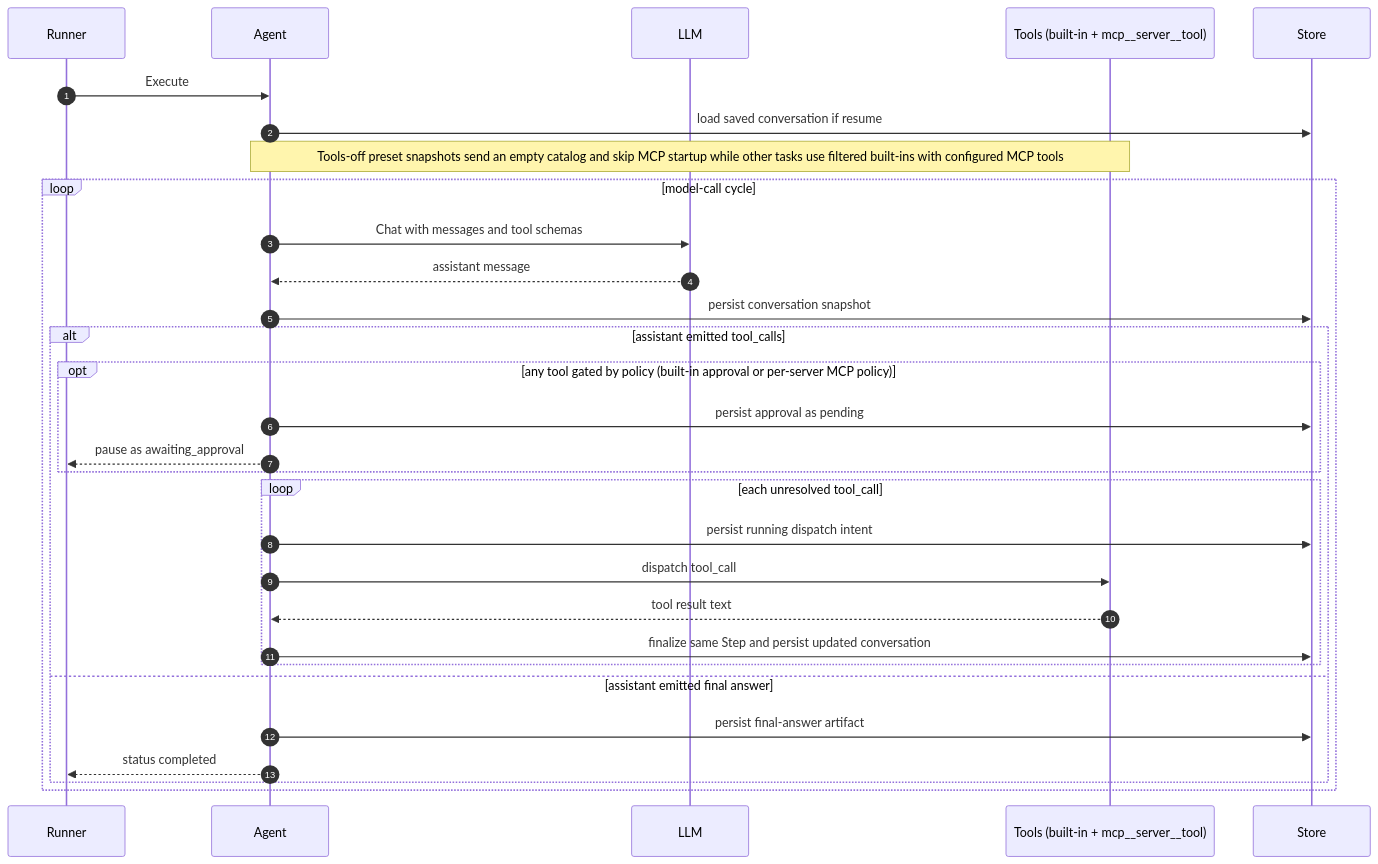
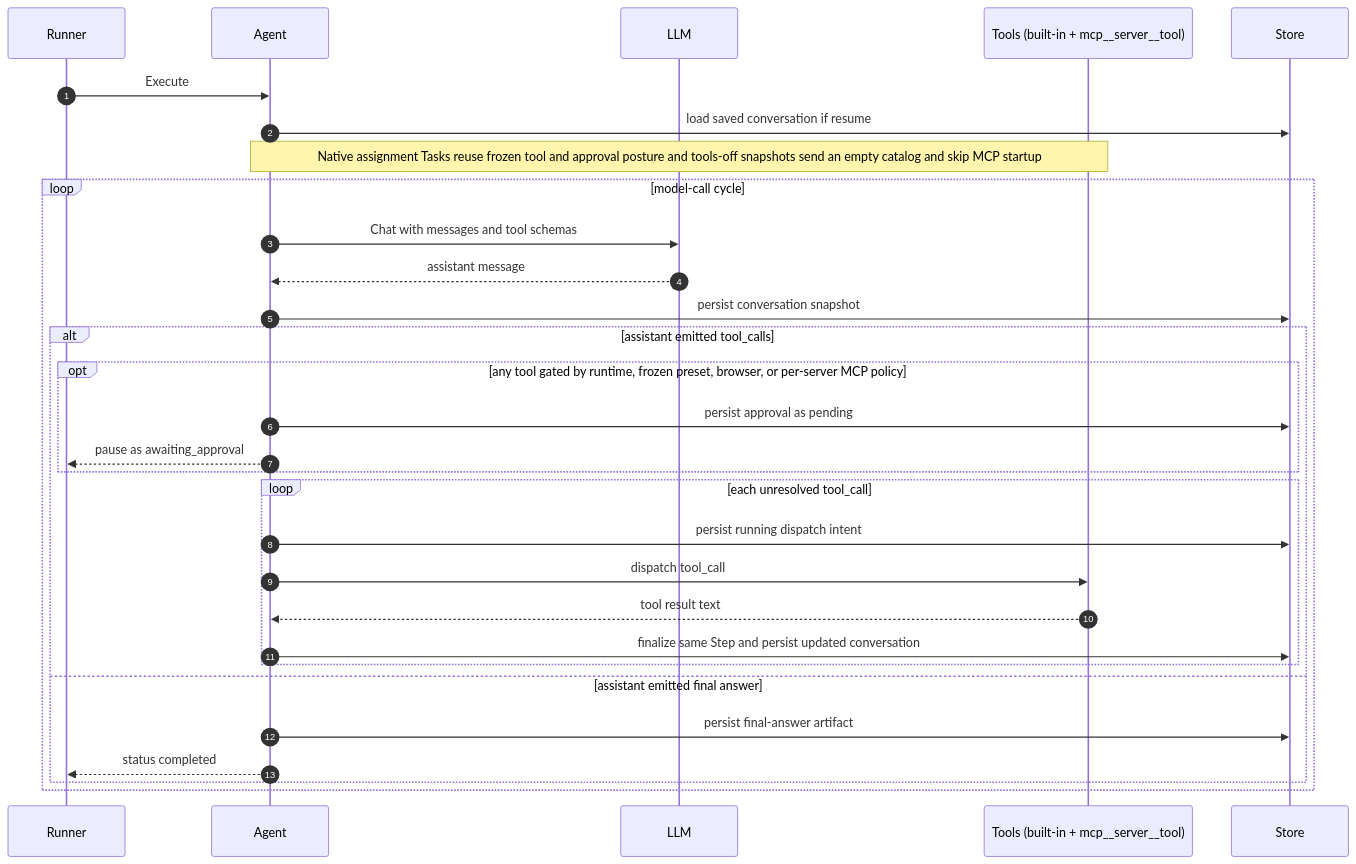
One commit to chicoxyzzy/hecate changed the diagram in docs/runtime/agent-runtime.md. Above: the diagram before and after it, drawn with Mermaid. The commit also changed other lines of this file and 40 other files, not shown here.

Commit message:
feat(runtime): enforce agent preset approval policies

````diff
--- a/docs/runtime/agent-runtime.md
+++ b/docs/runtime/agent-runtime.md
@@ -135,32 +135,32 @@
 ```mermaid
 sequenceDiagram
     autonumber
     participant Runner
     participant Agent
     participant LLM
     participant Tools as Tools (built-in + mcp__server__tool)
     participant Store
     Runner->>Agent: Execute
     Agent->>Store: load saved conversation if resume
-    Note over Agent,Tools: Tools-off preset snapshots send an empty catalog and skip MCP startup while other tasks use filtered built-ins with configured MCP tools
+    Note over Agent,Tools: Native assignment Tasks reuse frozen tool and approval posture and tools-off snapshots send an empty catalog and skip MCP startup
     loop model-call cycle
         Agent->>LLM: Chat with messages and tool schemas
         LLM-->>Agent: assistant message
         Agent->>Store: persist conversation snapshot
         alt assistant emitted tool_calls
-            opt any tool gated by policy (built-in approval or per-server MCP policy)
+            opt any tool gated by runtime, frozen preset, browser, or per-server MCP policy
                 Agent->>Store: persist approval as pending
                 Agent-->>Runner: pause as awaiting_approval
             end
             loop each unresolved tool_call
                 Agent->>Store: persist running dispatch intent
                 Agent->>Tools: dispatch tool_call
                 Tools-->>Agent: tool result text
                 Agent->>Store: finalize same Step and persist updated conversation
             end
         else assistant emitted final answer
             Agent->>Store: persist final-answer artifact
             Agent-->>Runner: status completed
         end
     end
 ```
````
